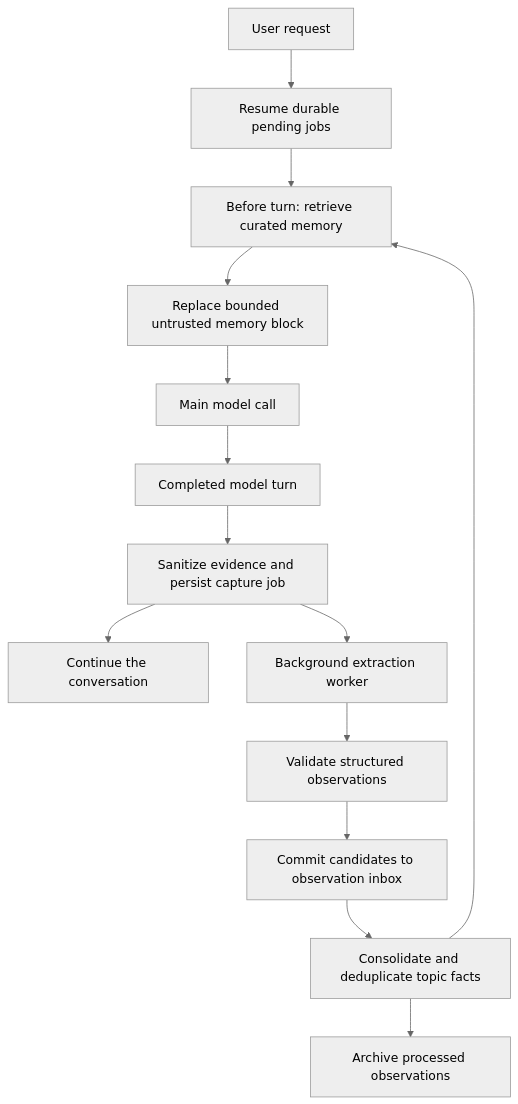
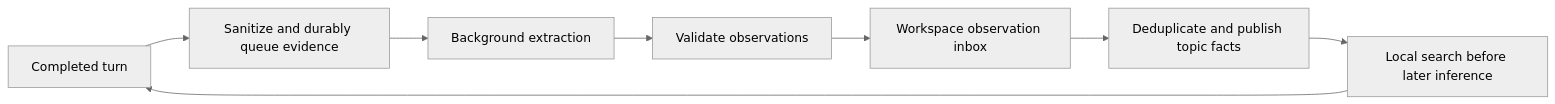
One commit to Sarthakischauhan/symphony changed the diagram in docs/developer-guide/learning-flow.md. Above: the diagram before and after it, drawn with Mermaid (neutral theme). The commit also changed other lines of this file and 35 other files, not shown here.

````diff
--- a/docs/developer-guide/learning-flow.md
+++ b/docs/developer-guide/learning-flow.md
@@ -17,16 +7,10 @@
 ```mermaid
-flowchart TD
-    Request["User request"] --> Resume["Resume durable pending jobs"]
-    Resume --> Retrieve["Before turn: retrieve curated memory"]
-    Retrieve --> Inject["Replace bounded untrusted memory block"]
-    Inject --> Model["Main model call"]
-    Model --> Turn["Completed model turn"]
-    Turn --> Persist["Sanitize evidence and persist capture job"]
-    Persist --> Continue["Continue the conversation"]
-    Persist --> Worker["Background extraction worker"]
-    Worker --> Validate["Validate structured observations"]
-    Validate --> Inbox["Commit candidates to observation inbox"]
-    Inbox --> Topics["Consolidate and deduplicate topic facts"]
-    Topics --> Archive["Archive processed observations"]
-    Topics --> Retrieve
+flowchart LR
+    Turn[Completed turn] --> Capture[Sanitize and durably queue evidence]
+    Capture --> Worker[Background extraction]
+    Worker --> Validate[Validate observations]
+    Validate --> Inbox[Workspace observation inbox]
+    Inbox --> Consolidate[Deduplicate and publish topic facts]
+    Consolidate --> Retrieve[Local search before later inference]
+    Retrieve --> Turn
 ```
````
